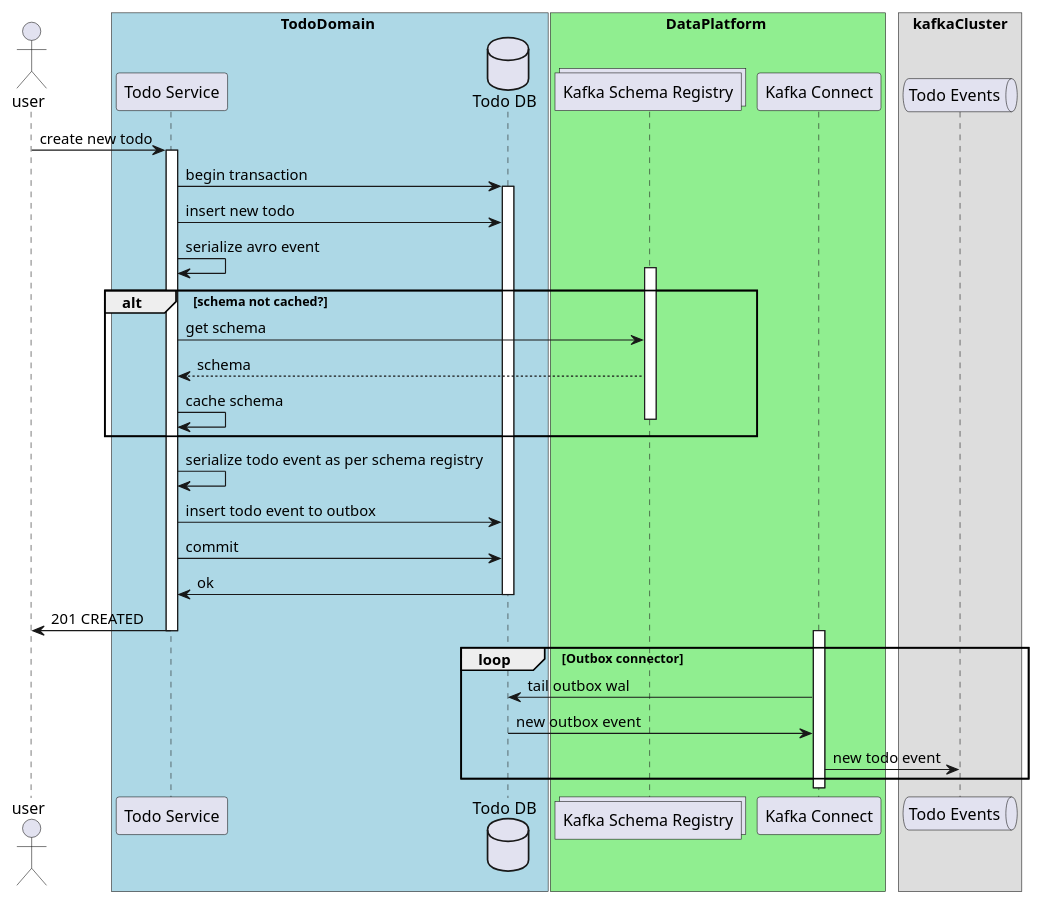
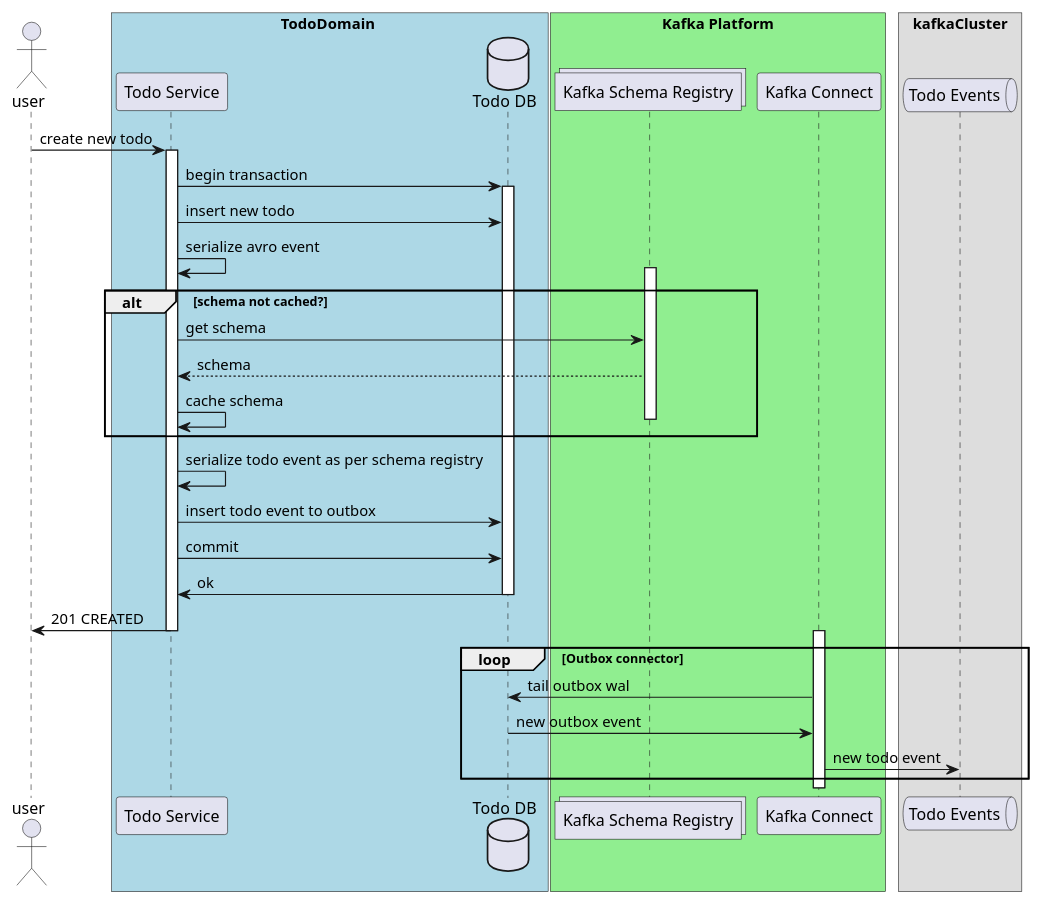
The diagram in diagram_sources/outbox_sequence.wsd (petebids/petebids.github.io), drawn with PlantUML before and after one commit.

Commit message:
more progress

```diff
--- a/diagram_sources/outbox_sequence.wsd
+++ b/diagram_sources/outbox_sequence.wsd
@@ -1,48 +1,48 @@
 @startuml
 
 Actor user
 
 box TodoDomain #LightBlue
 participant "Todo Service"  as todo
 database "Todo DB" as tdb
 end box
 
-box DataPlatform #LightGreen
+box "Kafka Platform"#LightGreen
 collections "Kafka Schema Registry" as ksc
 participant "Kafka Connect" as kc
 box kafkaCluster
 queue "Todo Events" as te
 end box
 end box
 
 
 user -> todo : create new todo
 activate todo
 todo -> tdb : begin transaction
 activate tdb
 todo -> tdb : insert new todo
 todo -> todo : serialize avro event
 alt schema not cached?
     activate ksc
     todo -> ksc : get schema
     ksc --> todo : schema
     todo -> todo : cache schema
     deactivate ksc
 end
 todo -> todo : serialize todo event as per schema registry
 todo -> tdb : insert todo event to outbox
 todo -> tdb : commit
 tdb -> todo : ok
 deactivate tdb
 todo -> user : 201 CREATED
 deactivate todo
 
 activate kc
 loop Outbox connector
     kc -> tdb : tail outbox wal
     tdb -> kc : new outbox event
     kc -> te : new todo event
 
     end loop
 
     @enduml
```
